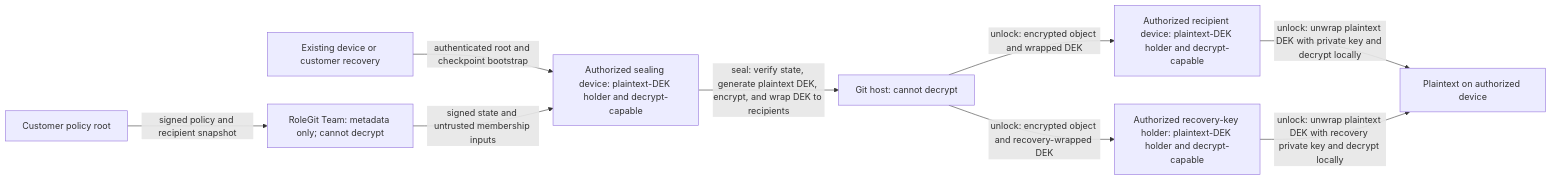
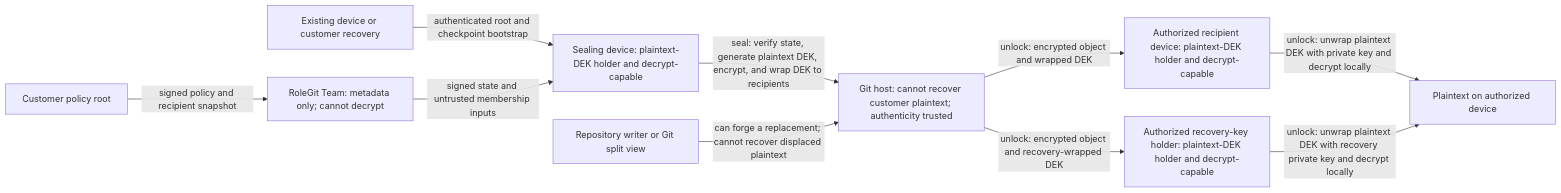
Before and after one commit to cosentinode/rolegit: the second of 6 diagrams in docs/adr/0001-product-modes-and-trust-boundaries.md, drawn with Mermaid. The commit also changed other lines of this file and 4 other files, not shown here.

````diff
--- a/docs/adr/0001-product-modes-and-trust-boundaries.md
+++ b/docs/adr/0001-product-modes-and-trust-boundaries.md
@@ -142,11 +163,12 @@
 ```mermaid
 flowchart LR
     R[Customer policy root] -->|signed policy and recipient snapshot| T[RoleGit Team: metadata only; cannot decrypt]
-    O[Existing device or customer recovery] -->|authenticated root and checkpoint bootstrap| S[Authorized sealing device: plaintext-DEK holder and decrypt-capable]
+    O[Existing device or customer recovery] -->|authenticated root and checkpoint bootstrap| S[Sealing device: plaintext-DEK holder and decrypt-capable]
     T -->|signed state and untrusted membership inputs| S
-    S -->|seal: verify state, generate plaintext DEK, encrypt, and wrap DEK to recipients| G[Git host: cannot decrypt]
+    S -->|seal: verify state, generate plaintext DEK, encrypt, and wrap DEK to recipients| G[Git host: cannot recover customer plaintext; authenticity trusted]
+    W[Repository writer or Git split view] -->|can forge a replacement; cannot recover displaced plaintext| G
     G -->|unlock: encrypted object and wrapped DEK| D[Authorized recipient device: plaintext-DEK holder and decrypt-capable]
     D -->|unlock: unwrap plaintext DEK with private key and decrypt locally| P[Plaintext on authorized device]
     G -->|unlock: encrypted object and recovery-wrapped DEK| H[Authorized recovery-key holder: plaintext-DEK holder and decrypt-capable]
     H -->|unlock: unwrap plaintext DEK with recovery private key and decrypt locally| P
 ```
````
